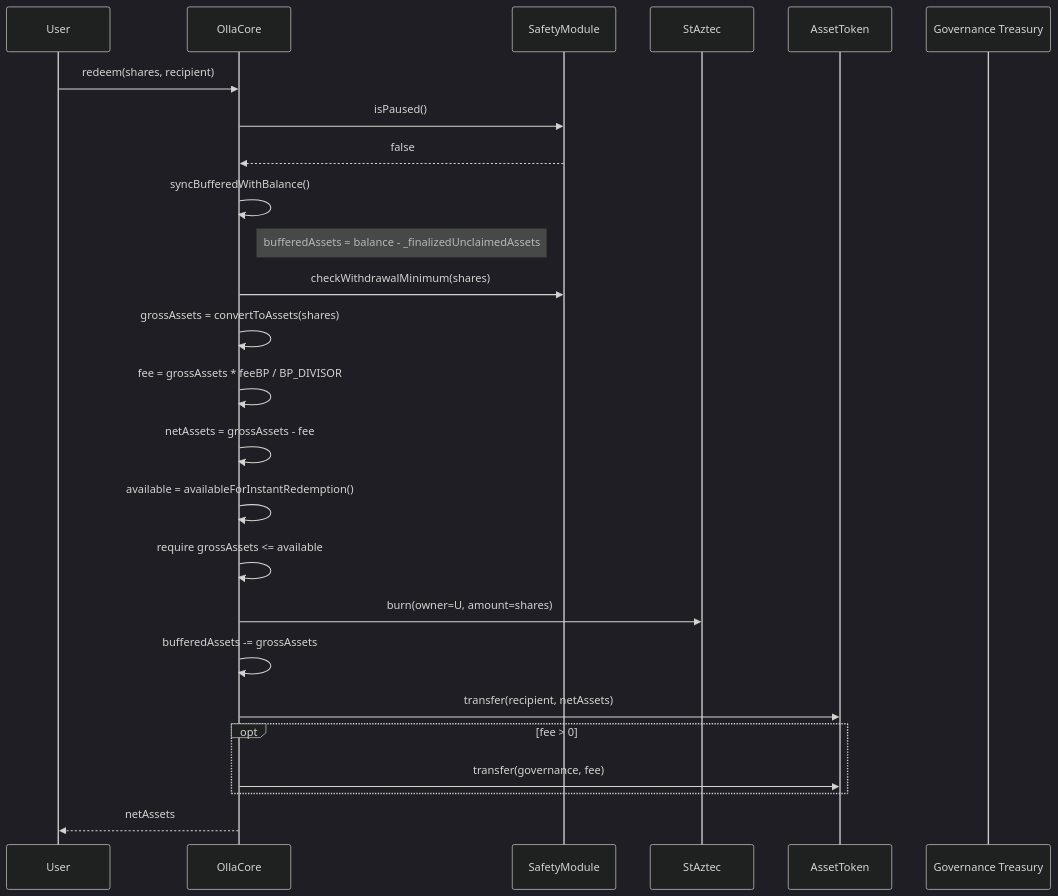
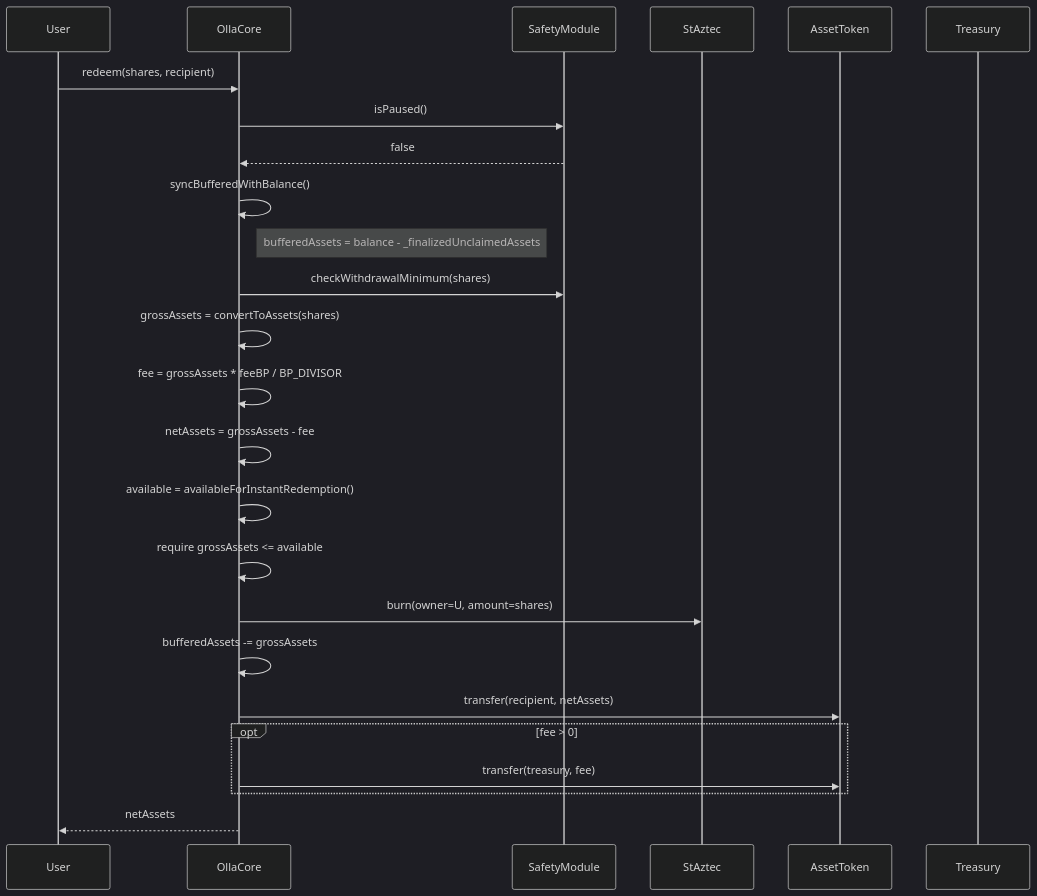
The third of 3 diagrams in docs/user-actions.md (ollafinance/core), drawn with Mermaid (dark theme) before and after one commit. The commit also changed 59 other files, not shown here.

````diff
--- a/docs/user-actions.md
+++ b/docs/user-actions.md
@@ -63,28 +63,28 @@
 ```mermaid
 sequenceDiagram
     participant U as User
     participant C as OllaCore
     participant SAF as SafetyModule
     participant ST as StAztec
     participant AZ as AssetToken
-    participant GOV as Governance Treasury
+    participant T as Treasury
 
     U->>C: redeem(shares, recipient)
     C->>SAF: isPaused()
     SAF-->>C: false
     C->>C: syncBufferedWithBalance()
     Note right of C: bufferedAssets = balance - _finalizedUnclaimedAssets
     C->>SAF: checkWithdrawalMinimum(shares)
     C->>C: grossAssets = convertToAssets(shares)
     C->>C: fee = grossAssets * feeBP / BP_DIVISOR
     C->>C: netAssets = grossAssets - fee
     C->>C: available = availableForInstantRedemption()
     C->>C: require grossAssets <= available
     C->>ST: burn(owner=U, amount=shares)
     C->>C: bufferedAssets -= grossAssets
     C->>AZ: transfer(recipient, netAssets)
     opt fee > 0
-        C->>AZ: transfer(governance, fee)
+        C->>AZ: transfer(treasury, fee)
     end
     C-->>U: netAssets
 ```
````
